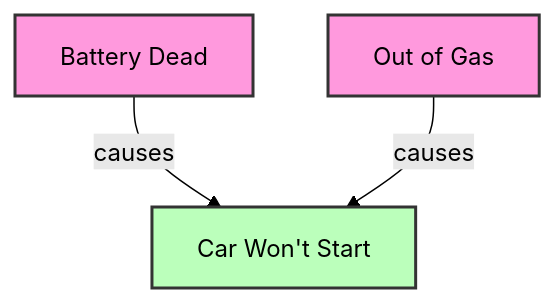
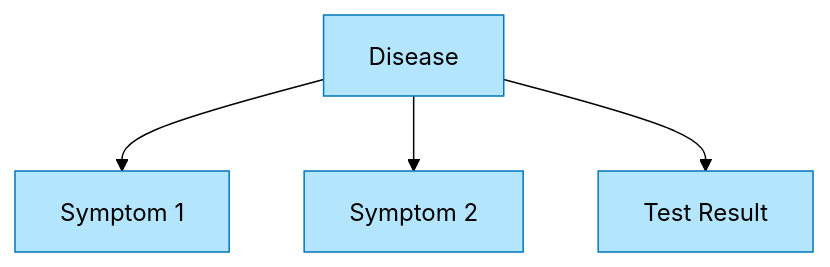
Before and after one commit to Chaklader/part-of-speech-tagging: the fifth of 5 diagrams in C_1_OLD.md, drawn with Mermaid (forest theme). The commit also changed other lines of this file and 11 other files, not shown here.

````diff
--- a/C_1_OLD.md
+++ b/C_1_OLD.md
@@ -363,9 +288,9 @@
 ```mermaid
 graph TD
-    A[Battery Dead] -->|causes| C[Car Won't Start]
-    B[Out of Gas] -->|causes| C
+    D[Disease] --> S1[Symptom 1]
+    D --> S2[Symptom 2]
+    D --> T[Test Result]
 
-    style A fill:#f9d,stroke:#333,stroke-width:2px
-    style B fill:#f9d,stroke:#333,stroke-width:2px
-    style C fill:#bfb,stroke:#333,stroke-width:2px
+    classDef variable fill:#B3E5FC,stroke:#0277BD,stroke-width:1px;
+    class D,S1,S2,T variable;
 ```
````
